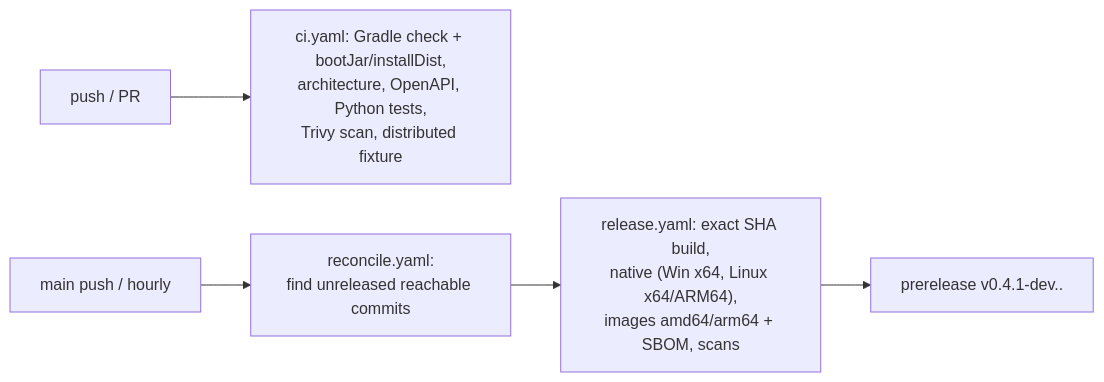
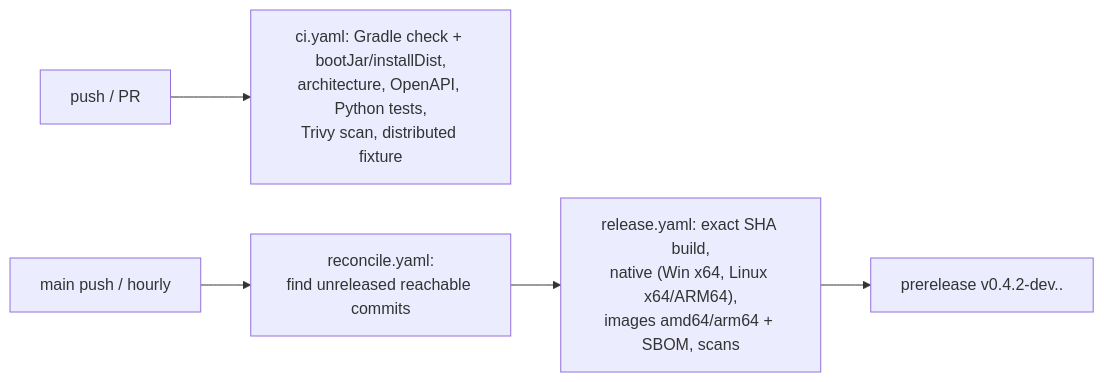
One commit to athegreat90/minecraft-modsync changed diagram 12 of 12 in docs/GUIDE.md. Above: the diagram before and after it, drawn with Mermaid. The commit also changed 15 other files, not shown here.

````diff
--- a/docs/GUIDE.md
+++ b/docs/GUIDE.md
@@ -384,7 +384,7 @@
 ```mermaid
 flowchart LR
   PR[push / PR] --> CI["ci.yaml: Gradle check + bootJar/installDist,\narchitecture, OpenAPI, Python tests,\nTrivy scan, distributed fixture"]
   main[main push / hourly] --> REC["reconcile.yaml:\nfind unreleased reachable commits"]
   REC --> REL["release.yaml: exact SHA build,\nnative (Win x64, Linux x64/ARM64),\nimages amd64/arm64 + SBOM, scans"]
-  REL --> PRE["prerelease v0.4.1-dev.<time>.<sha>"]
+  REL --> PRE["prerelease v0.4.2-dev.<time>.<sha>"]
 ```
````
